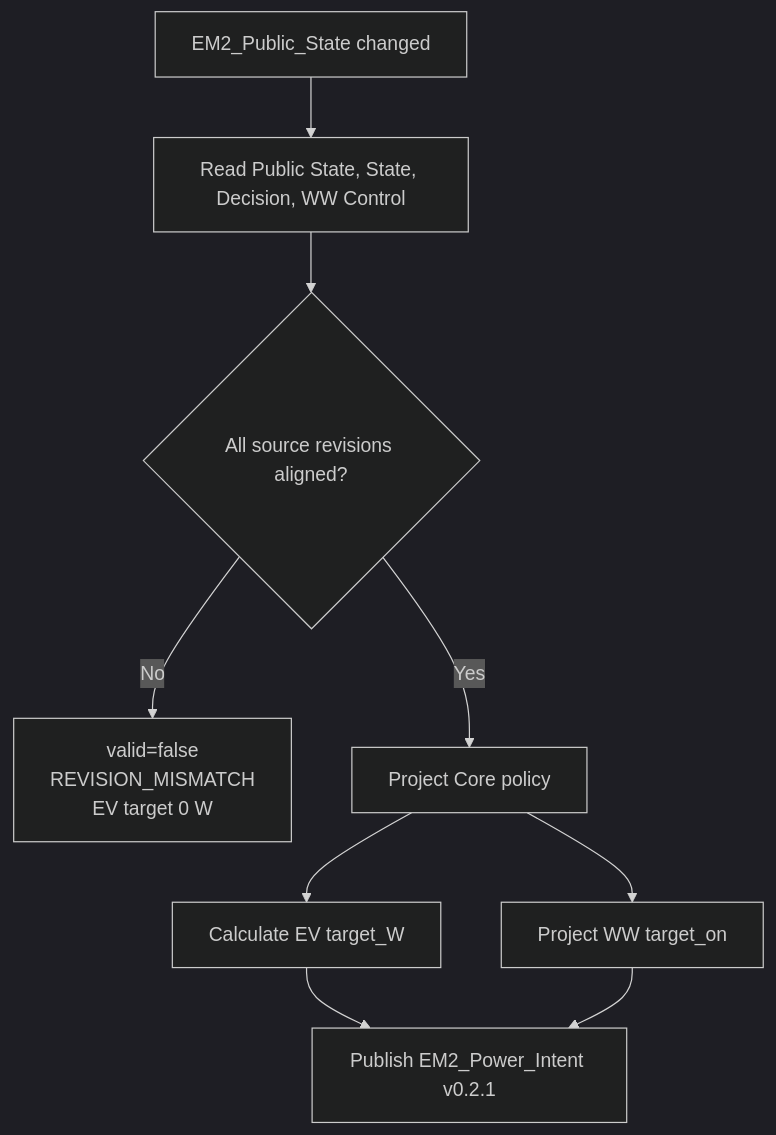
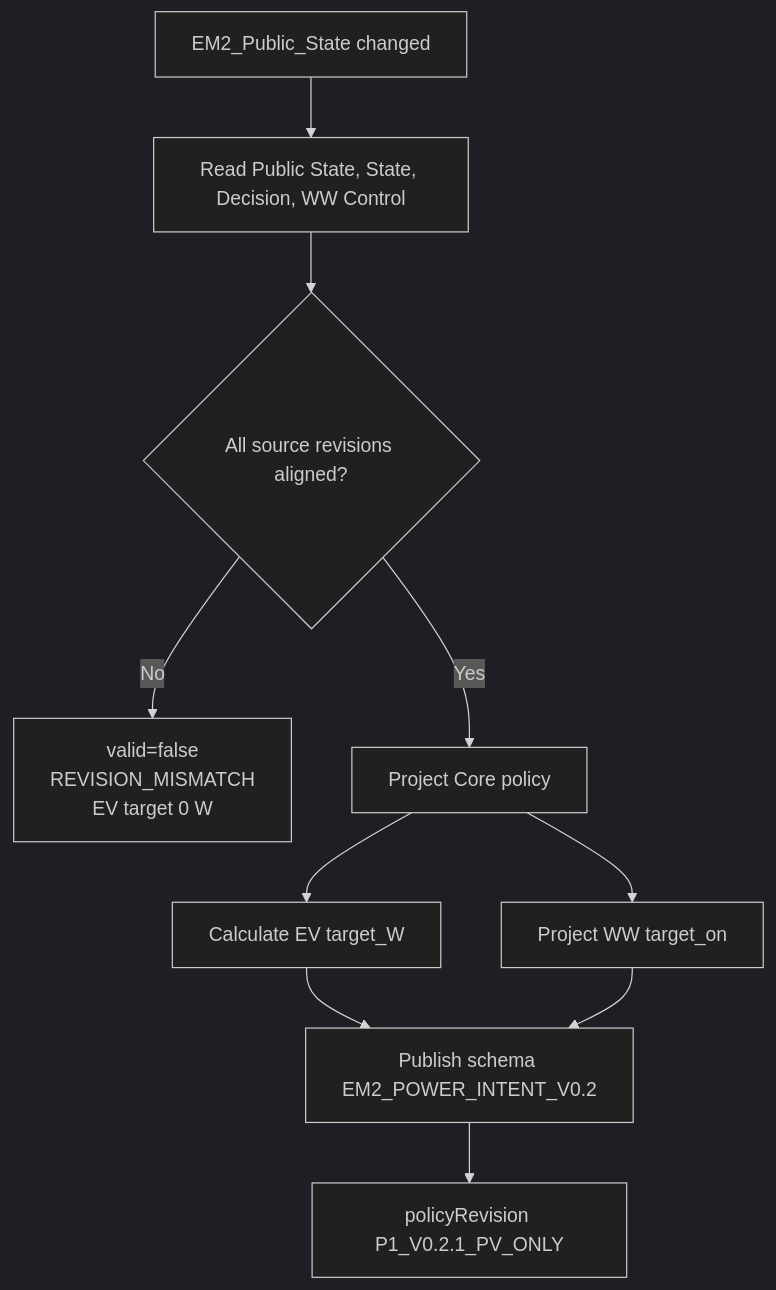
One commit to OnsKasteeltje/homey-energy-manual changed the fourth of 9 diagrams in docs/software-architecture/flows/planner-power-intent-flow.md. Above: the diagram before and after it, drawn with Mermaid (dark theme). The commit also changed other lines of this file, not shown here.

Commit message:
docs: keep Power Intent schema V0.2 compatible

````diff
--- a/docs/software-architecture/flows/planner-power-intent-flow.md
+++ b/docs/software-architecture/flows/planner-power-intent-flow.md
@@ -174,13 +175,14 @@
 ```mermaid
 flowchart TD
     A[EM2_Public_State changed] --> B[Read Public State, State, Decision, WW Control]
     B --> C{All source revisions aligned?}
     C -->|No| D[valid=false
 REVISION_MISMATCH
 EV target 0 W]
     C -->|Yes| E[Project Core policy]
     E --> F[Calculate EV target_W]
     E --> G[Project WW target_on]
-    F --> H[Publish EM2_Power_Intent v0.2.1]
+    F --> H[Publish schema EM2_POWER_INTENT_V0.2]
     G --> H
+    H --> I[policyRevision P1_V0.2.1_PV_ONLY]
 ```
````
